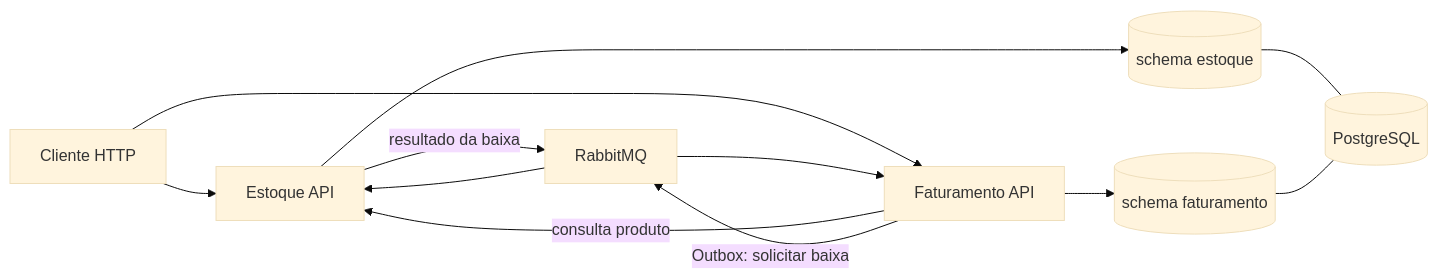
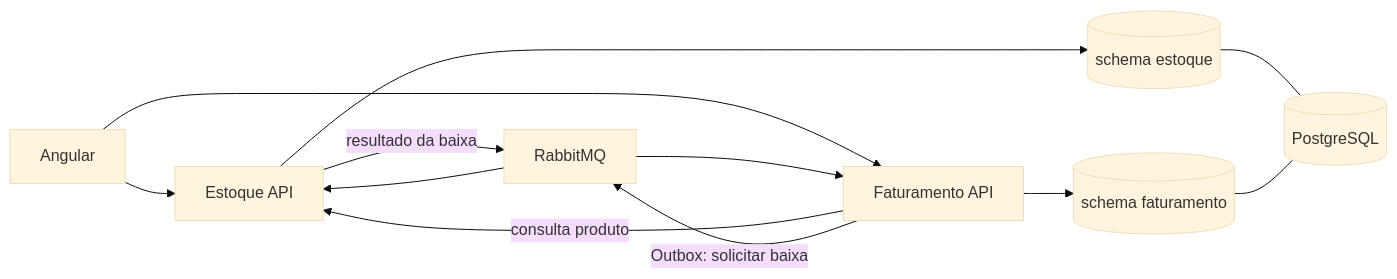
The first of 3 diagrams in docs/README_ARQUITETURA.md (CayoHenri/Korp_Teste_CaioHenrique), drawn with Mermaid (base theme) before and after one commit. The commit also changed other lines of this file and 45 other files, not shown here.

````diff
--- a/docs/README_ARQUITETURA.md
+++ b/docs/README_ARQUITETURA.md
@@ -13,14 +13,14 @@
 ```mermaid
 flowchart LR
-    UI[Cliente HTTP] --> EST[Estoque API]
+    UI[Angular] --> EST[Estoque API]
     UI --> FAT[Faturamento API]
     FAT -->|consulta produto| EST
     FAT -->|Outbox: solicitar baixa| MQ[RabbitMQ]
     MQ --> EST
     EST -->|resultado da baixa| MQ
     MQ --> FAT
     EST --> SE[(schema estoque)]
     FAT --> SF[(schema faturamento)]
     SE --- PG[(PostgreSQL)]
     SF --- PG
 ```
````
